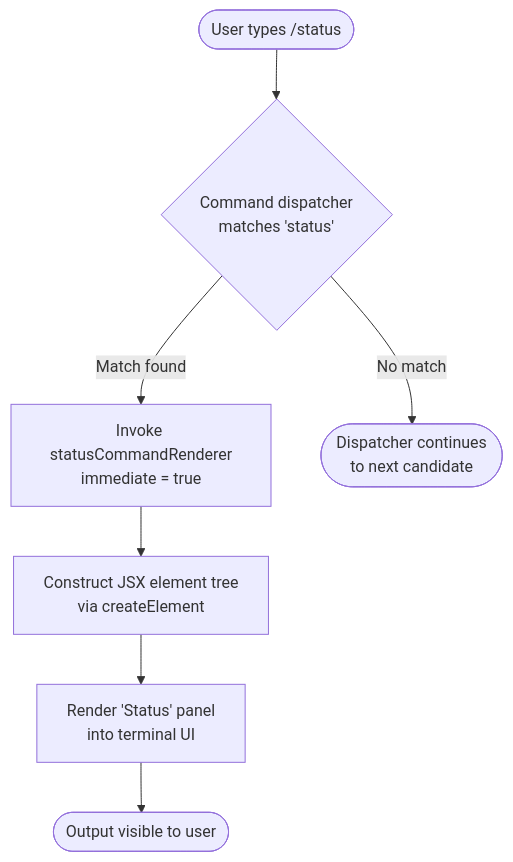
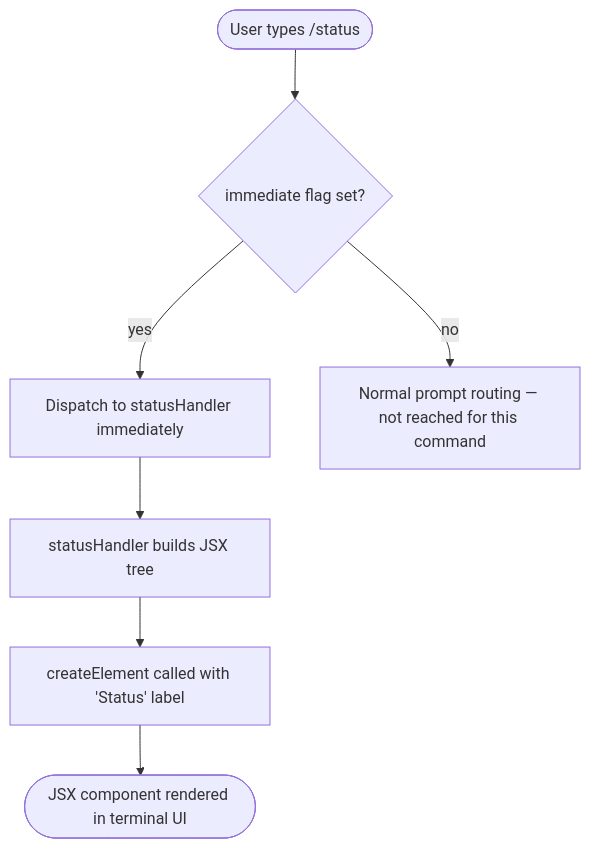
Before and after one commit to MyLittleLuckyDog/cc-gnothi: the diagram in versions/v2.1.143/status.md, drawn with Mermaid. The commit also changed other lines of this file and 483 other files, not shown here.

````diff
--- a/versions/v2.1.143/status.md
+++ b/versions/v2.1.143/status.md
@@ -48,9 +55,9 @@
 ```mermaid
 flowchart TD
-    A([User types /status]) --> B{Command dispatcher\nmatches 'status'}
-    B -->|Match found| C[Invoke statusCommandRenderer\nimmediate = true]
-    B -->|No match| Z([Dispatcher continues\nto next candidate])
-    C --> D[Construct JSX element tree\nvia createElement]
-    D --> E[Render 'Status' panel\ninto terminal UI]
-    E --> F([Output visible to user])
+    A([User types /status]) --> B{immediate flag set?}
+    B -- yes --> C[Dispatch to statusHandler immediately]
+    B -- no --> D[Normal prompt routing — not reached for this command]
+    C --> E[statusHandler builds JSX tree]
+    E --> F[createElement called with 'Status' label]
+    F --> G([JSX component rendered in terminal UI])
 ```
````
